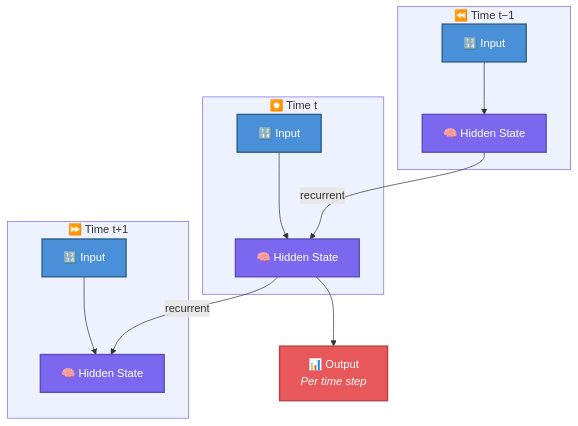
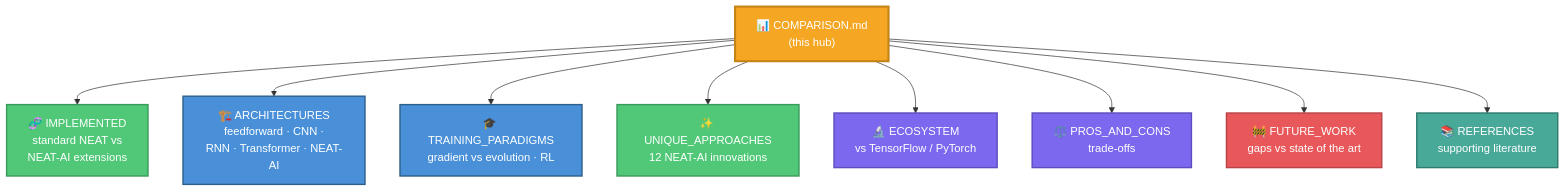
Before and after one commit to stSoftwareAU/NEAT-AI: the diagram in COMPARISON.md, drawn with Mermaid. The commit also changed other lines of this file and 11 other files, not shown here.

First line of the commit message:
Docs: split COMPARISON.md into a hub + linked sub-docs, fact-check claims (#2961)

````diff
--- a/COMPARISON.md
+++ b/COMPARISON.md
@@ -352,34 +32,22 @@
 ```mermaid
-graph TB
-    subgraph T1["⏪ Time t−1"]
-        I1["🔢 Input"]
-        H1["🧠 Hidden State"]
-    end
-    subgraph T2["⏺️ Time t"]
-        I2["🔢 Input"]
-        H2["🧠 Hidden State"]
-    end
-    subgraph T3["⏩ Time t+1"]
-        I3["🔢 Input"]
-        H3["🧠 Hidden State"]
-    end
-    O["📊 Output<br/><i>Per time step</i>"]
+flowchart TD
+    Hub["📊 COMPARISON.md<br/>(this hub)"]
+    Hub --> Impl["🧬 IMPLEMENTED<br/>standard NEAT vs<br/>NEAT-AI extensions"]
+    Hub --> Arch["🏗️ ARCHITECTURES<br/>feedforward · CNN ·<br/>RNN · Transformer · NEAT-AI"]
+    Hub --> Train["🎓 TRAINING_PARADIGMS<br/>gradient vs evolution · RL"]
+    Hub --> Uniq["✨ UNIQUE_APPROACHES<br/>12 NEAT-AI innovations"]
+    Hub --> Eco["🔬 ECOSYSTEM<br/>vs TensorFlow / PyTorch"]
+    Hub --> Pros["⚖️ PROS_AND_CONS<br/>trade-offs"]
+    Hub --> Future["🚧 FUTURE_WORK<br/>gaps vs state of the art"]
+    Hub --> Ref["📚 REFERENCES<br/>supporting literature"]
 
-    I1 --> H1
-    I2 --> H2
-    I3 --> H3
-    H1 -->|"recurrent"| H2
-    H2 -->|"recurrent"| H3
-    H2 --> O
-
-    style I1 fill:#4A90D9,stroke:#2C5F8A,color:#fff,stroke-width:2px
-    style I2 fill:#4A90D9,stroke:#2C5F8A,color:#fff,stroke-width:2px
-    style I3 fill:#4A90D9,stroke:#2C5F8A,color:#fff,stroke-width:2px
-    style H1 fill:#7B68EE,stroke:#5A4DBE,color:#fff,stroke-width:2px
-    style H2 fill:#7B68EE,stroke:#5A4DBE,color:#fff,stroke-width:2px
-    style H3 fill:#7B68EE,stroke:#5A4DBE,color:#fff,stroke-width:2px
-    style O fill:#E8575A,stroke:#B8444A,color:#fff,stroke-width:2px
-    style T1 fill:#eef2ff,stroke:#7B68EE,stroke-width:1px
-    style T2 fill:#eef2ff,stroke:#7B68EE,stroke-width:1px
-    style T3 fill:#eef2ff,stroke:#7B68EE,stroke-width:1px
+    style Hub fill:#F5A623,stroke:#C48418,color:#fff,stroke-width:3px
+    style Impl fill:#50C878,stroke:#3A9A5C,color:#fff,stroke-width:2px
+    style Arch fill:#4A90D9,stroke:#2C5F8A,color:#fff,stroke-width:2px
+    style Train fill:#4A90D9,stroke:#2C5F8A,color:#fff,stroke-width:2px
+    style Uniq fill:#50C878,stroke:#3A9A5C,color:#fff,stroke-width:2px
+    style Eco fill:#7B68EE,stroke:#5A4DBE,color:#fff,stroke-width:2px
+    style Pros fill:#7B68EE,stroke:#5A4DBE,color:#fff,stroke-width:2px
+    style Future fill:#E8575A,stroke:#B8444A,color:#fff,stroke-width:2px
+    style Ref fill:#48A999,stroke:#2E7A6E,color:#fff,stroke-width:2px
 ```
````
